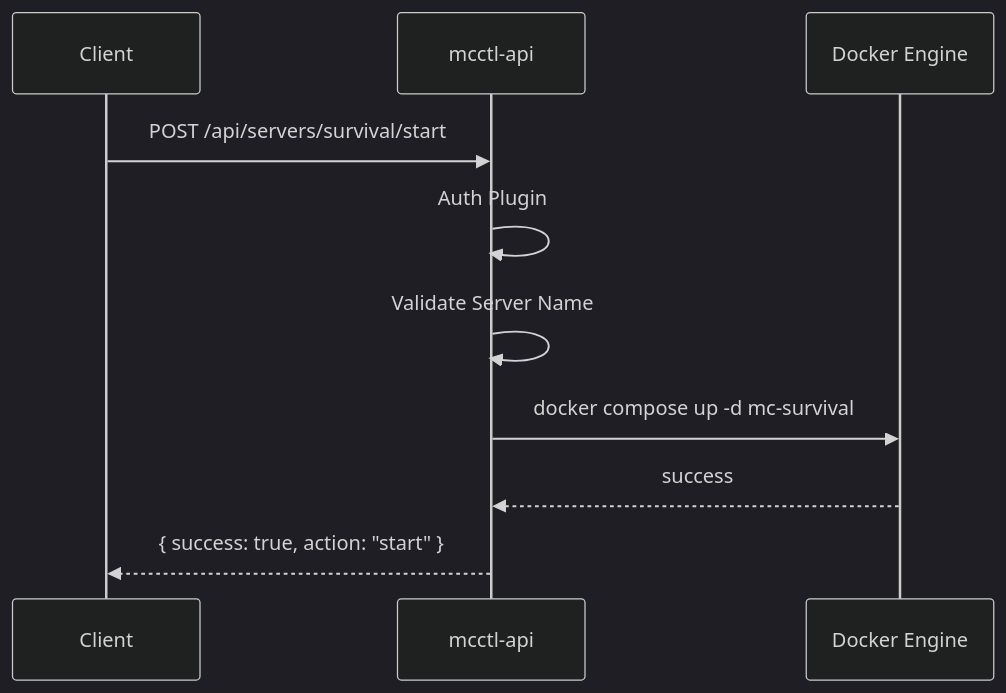
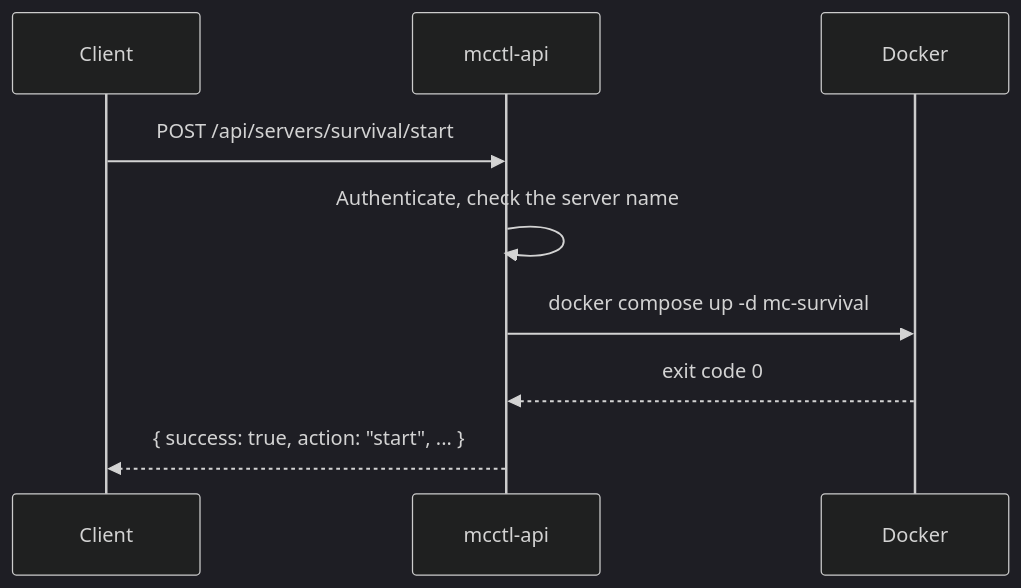
One commit to smallmiro/minecraft-server-manager changed the second of 5 diagrams in docs/api/index.md. Above: the diagram before and after it, drawn with Mermaid (dark theme). The commit also changed other lines of this file and 9 other files, not shown here.

````diff
--- a/docs/api/index.md
+++ b/docs/api/index.md
@@ -94,13 +46,12 @@
 ```mermaid
 sequenceDiagram
     participant C as Client
     participant A as mcctl-api
-    participant D as Docker Engine
+    participant D as Docker
 
     C->>A: POST /api/servers/survival/start
-    A->>A: Auth Plugin
-    A->>A: Validate Server Name
+    A->>A: Authenticate, check the server name
     A->>D: docker compose up -d mc-survival
-    D-->>A: success
-    A-->>C: { success: true, action: "start" }
+    D-->>A: exit code 0
+    A-->>C: { success: true, action: "start", ... }
 ```
````
